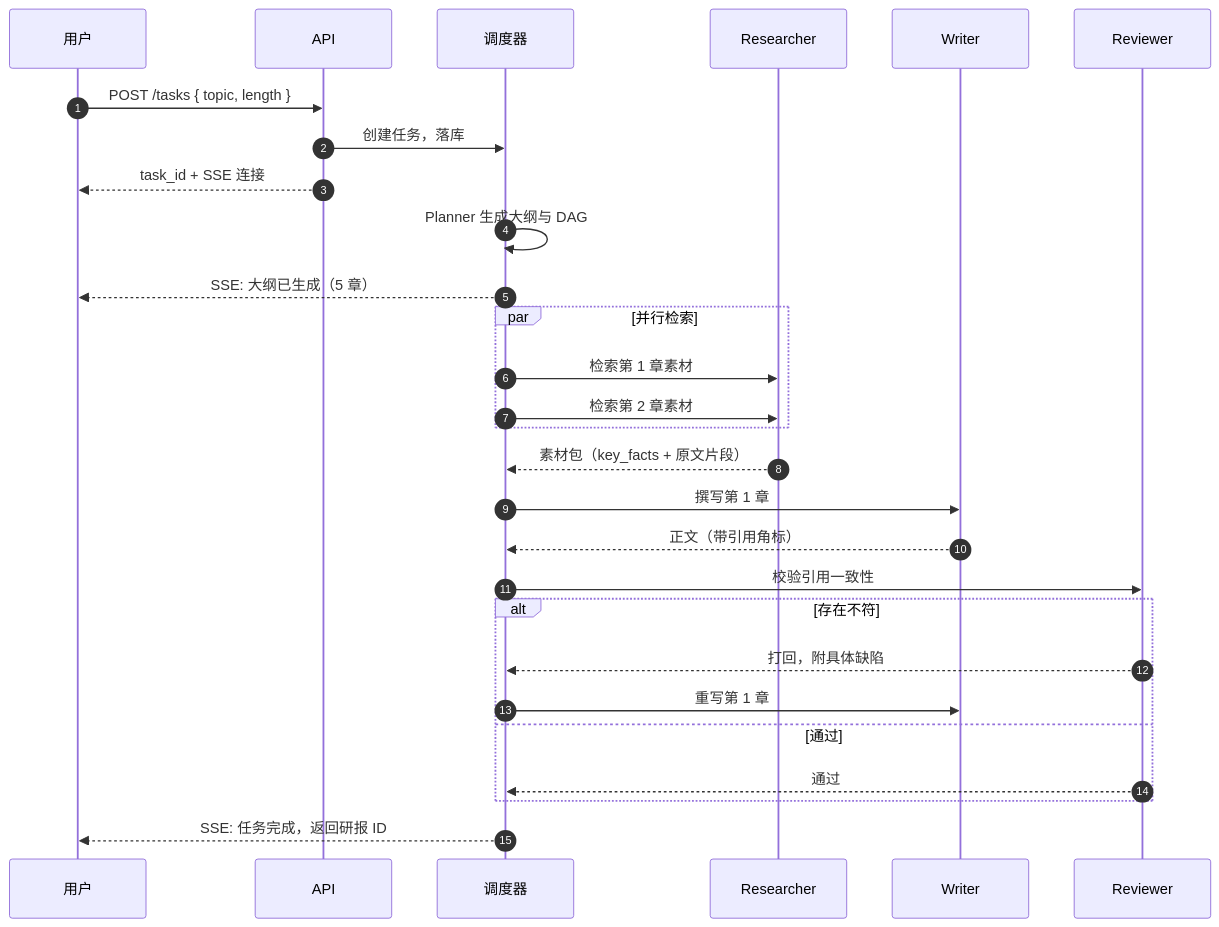
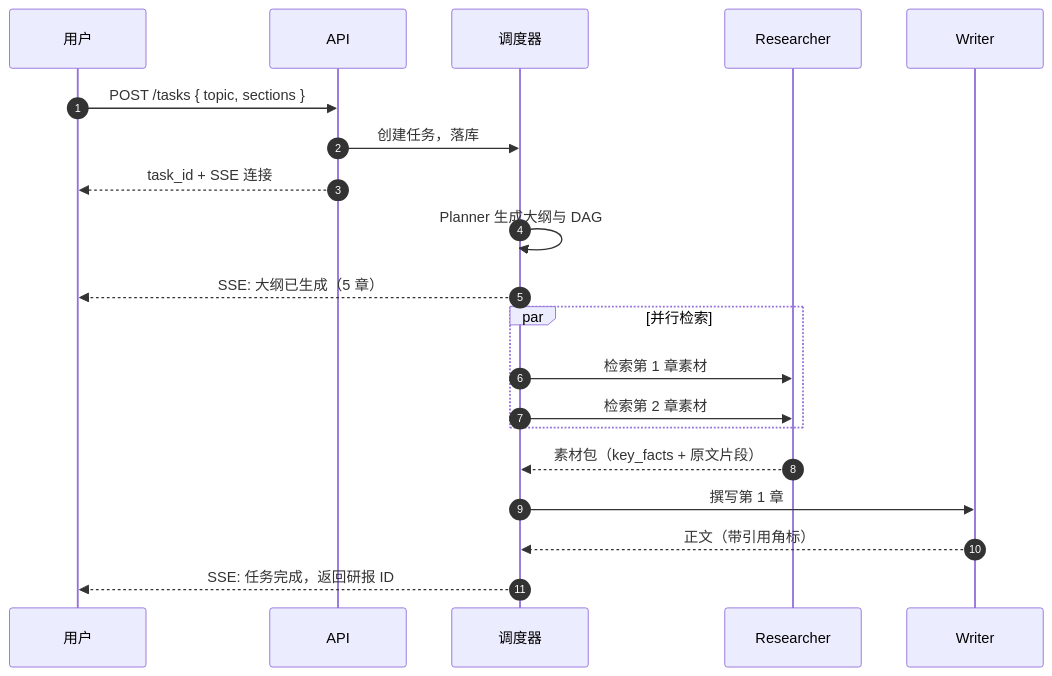
Before and after one commit to TheQing1/reportflow: the second of 2 diagrams in README.md, drawn with Mermaid. The commit also changed other lines of this file, not shown here.

````diff
--- a/README.md
+++ b/README.md
@@ -145,35 +172,27 @@
 ```mermaid
 sequenceDiagram
     autonumber
     participant U as 用户
     participant A as API
     participant S as 调度器
     participant R as Researcher
     participant W as Writer
-    participant V as Reviewer
 
-    U->>A: POST /tasks { topic, length }
+    U->>A: POST /tasks { topic, sections }
     A->>S: 创建任务，落库
     A-->>U: task_id + SSE 连接
 
     S->>S: Planner 生成大纲与 DAG
     S-->>U: SSE: 大纲已生成（5 章）
 
     par 并行检索
         S->>R: 检索第 1 章素材
         S->>R: 检索第 2 章素材
     end
     R-->>S: 素材包（key_facts + 原文片段）
 
     S->>W: 撰写第 1 章
     W-->>S: 正文（带引用角标）
-    S->>V: 校验引用一致性
-    alt 存在不符
-        V-->>S: 打回，附具体缺陷
-        S->>W: 重写第 1 章
-    else 通过
-        V-->>S: 通过
-    end
 
     S-->>U: SSE: 任务完成，返回研报 ID
 ```
````
